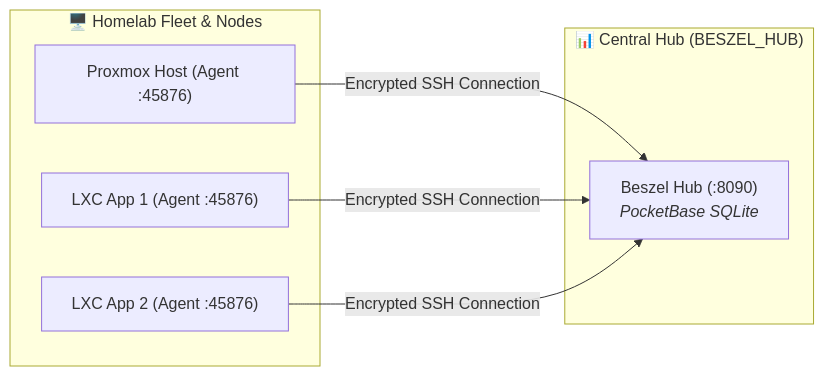
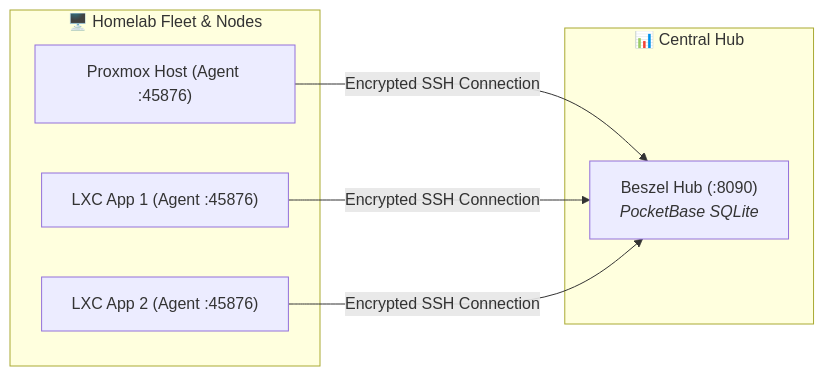
One commit to tamld/IaC changed the diagram in Docker/beszel/README.md. Above: the diagram before and after it, drawn with Mermaid. The commit also changed 1 other file, not shown here.

Commit message:
fix(sanitization): strip residual Service and Service VMID references from blueprint docs

````diff
--- a/Docker/beszel/README.md
+++ b/Docker/beszel/README.md
@@ -17,16 +17,16 @@
 ```mermaid
 flowchart LR
     subgraph Fleet["🖥️ Homelab Fleet & Nodes"]
         N1["Proxmox Host (Agent :45876)"]
         N2["LXC App 1 (Agent :45876)"]
         N3["LXC App 2 (Agent :45876)"]
     end
 
-    subgraph Central["📊 Central Hub (BESZEL_HUB)"]
+    subgraph Central["📊 Central Hub"]
         Hub["Beszel Hub (:8090)<br/><i>PocketBase SQLite</i>"]
     end
 
     N1 -->|Encrypted SSH Connection| Hub
     N2 -->|Encrypted SSH Connection| Hub
     N3 -->|Encrypted SSH Connection| Hub
 ```
````
